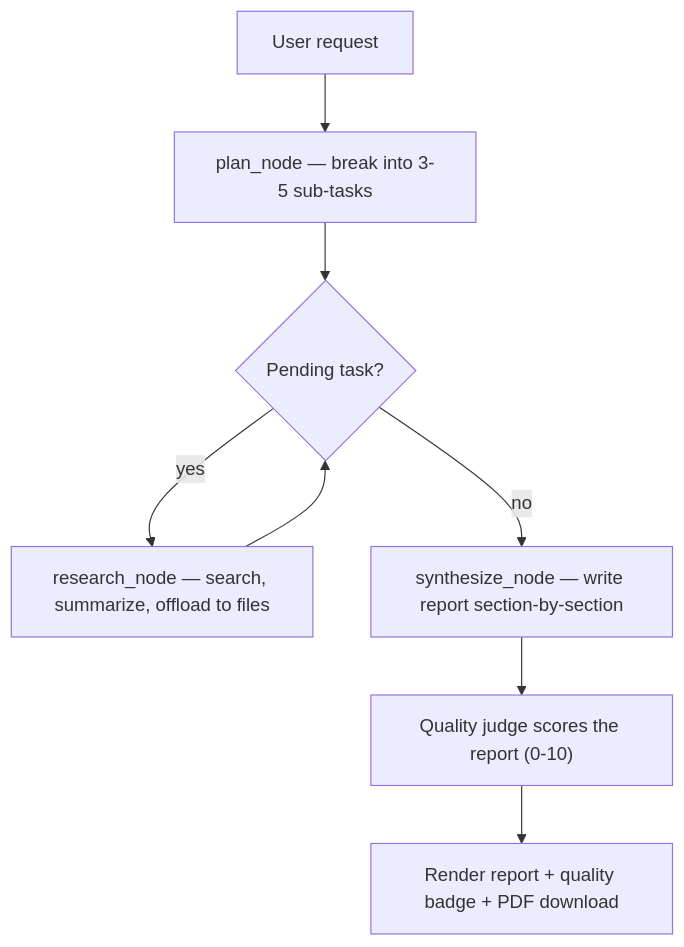
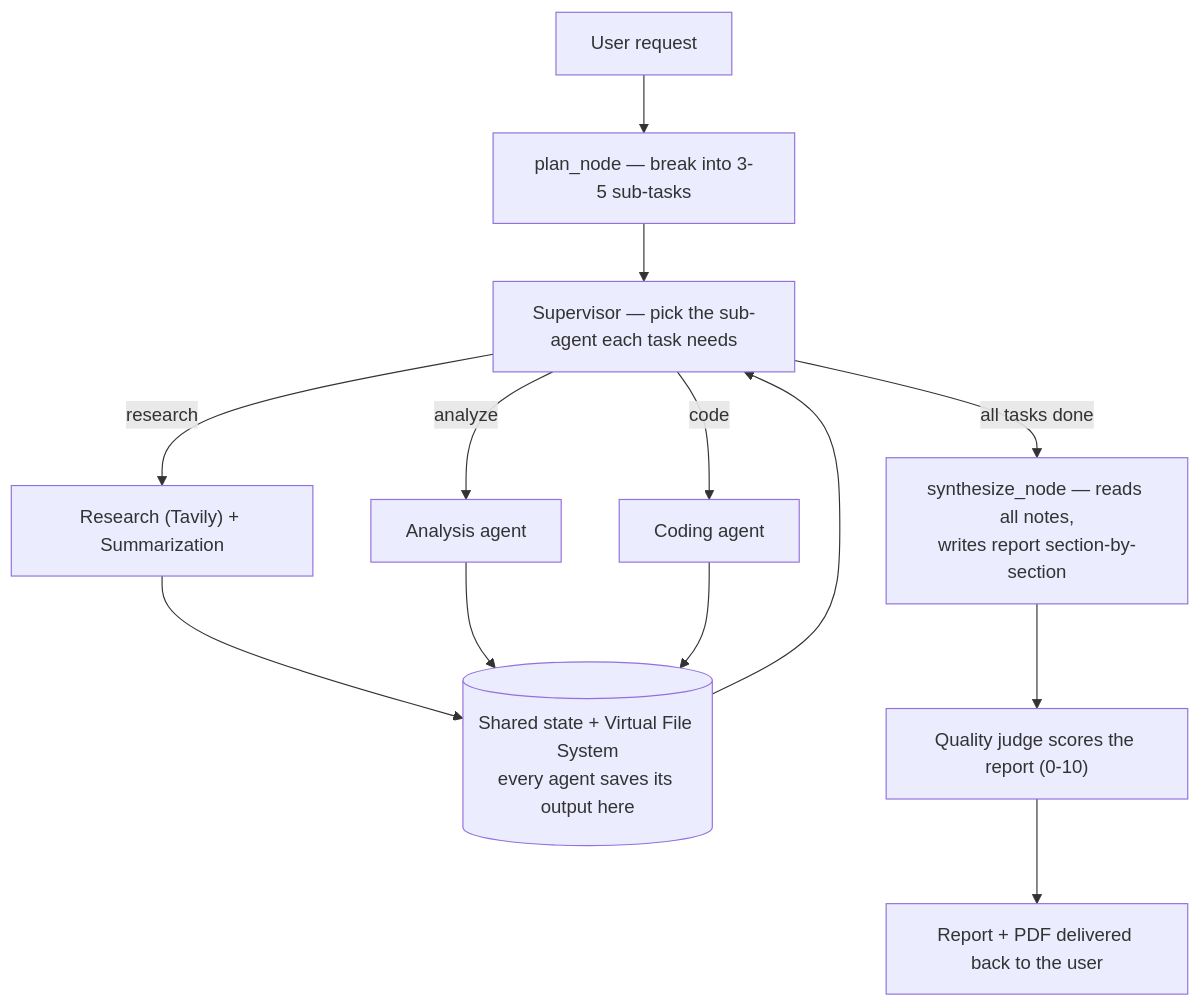
One commit to Subhashreepattnaik/Autonomous_Cognitive_Engine changed the second of 3 diagrams in README.md. Above: the diagram before and after it, drawn with Mermaid. The commit also changed other lines of this file and 1 other file, not shown here.

Commit message:
Supervisor architecture with 4 sub-agents; updated UI, eval, and docs

````diff
--- a/README.md
+++ b/README.md
@@ -91,10 +101,15 @@
 ```mermaid
 flowchart TD
     A[User request] --> B["plan_node — break into 3-5 sub-tasks"]
-    B --> C{Pending task?}
-    C -- yes --> D["research_node — search, summarize, offload to files"]
-    D --> C
-    C -- no --> E["synthesize_node — write report section-by-section"]
+    B --> S["Supervisor — pick the sub-agent each task needs"]
+    S -- research --> D["Research (Tavily) + Summarization"]
+    S -- analyze --> AN["Analysis agent"]
+    S -- code --> CO["Coding agent"]
+    D --> VFS[("Shared state + Virtual File System<br/>every agent saves its output here")]
+    AN --> VFS
+    CO --> VFS
+    VFS --> S
+    S -- all tasks done --> E["synthesize_node — reads all notes,<br/>writes report section-by-section"]
     E --> F["Quality judge scores the report (0-10)"]
-    F --> G["Render report + quality badge + PDF download"]
+    F --> G["Report + PDF delivered back to the user"]
 ```
````
